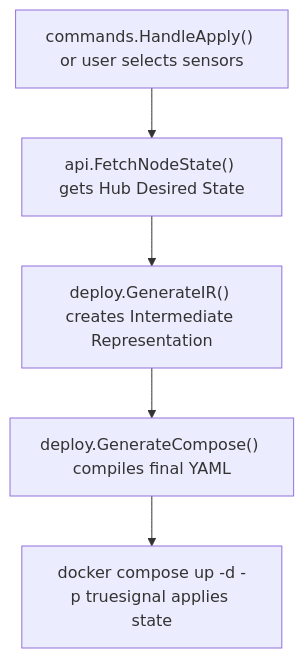
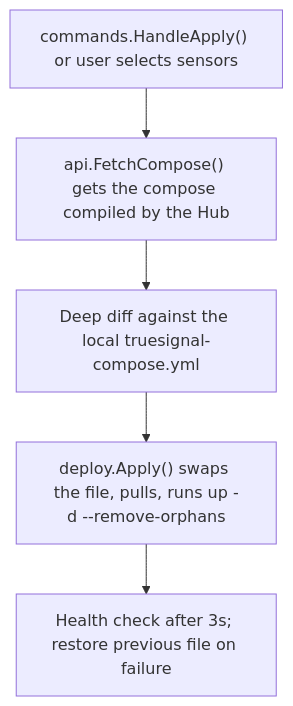
Before and after one commit to mahmoudahmed3132/TrueSignal: the eighth of 9 diagrams in Docs/architecture/wizard/README.md, drawn with Mermaid. The commit also changed other lines of this file and 22 other files, not shown here.

````diff
--- a/Docs/architecture/wizard/README.md
+++ b/Docs/architecture/wizard/README.md
@@ -195,7 +195,7 @@
 ```mermaid
 graph TD
-    User["commands.HandleApply() or user selects sensors"] --> Fetch["api.FetchNodeState() gets Hub Desired State"]
-    Fetch --> IR["deploy.GenerateIR() creates Intermediate Representation"]
-    IR --> Compose["deploy.GenerateCompose() compiles final YAML"]
-    Compose --> Docker["docker compose up -d -p truesignal applies state"]
+    User["commands.HandleApply() or user selects sensors"] --> Fetch["api.FetchCompose() gets the compose compiled by the Hub"]
+    Fetch --> Diff["Deep diff against the local truesignal-compose.yml"]
+    Diff --> Apply["deploy.Apply() swaps the file, pulls, runs up -d --remove-orphans"]
+    Apply --> Check["Health check after 3s; restore previous file on failure"]
 ```
````
